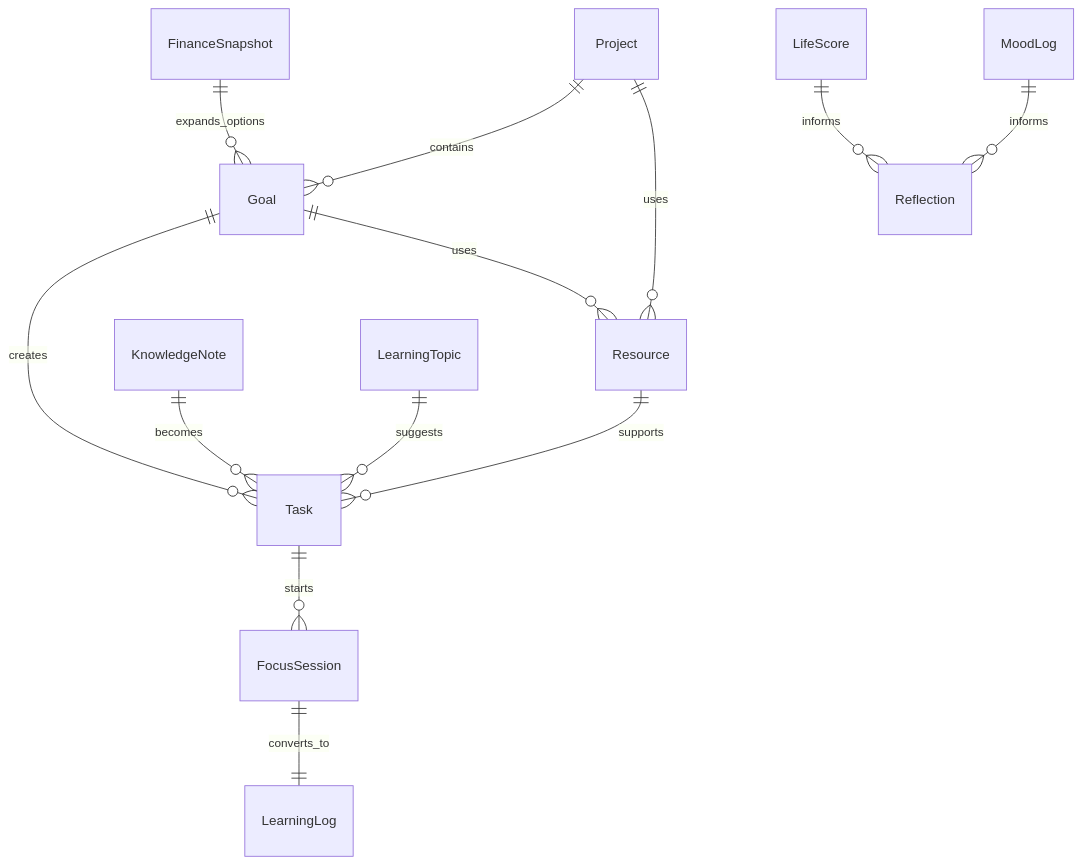
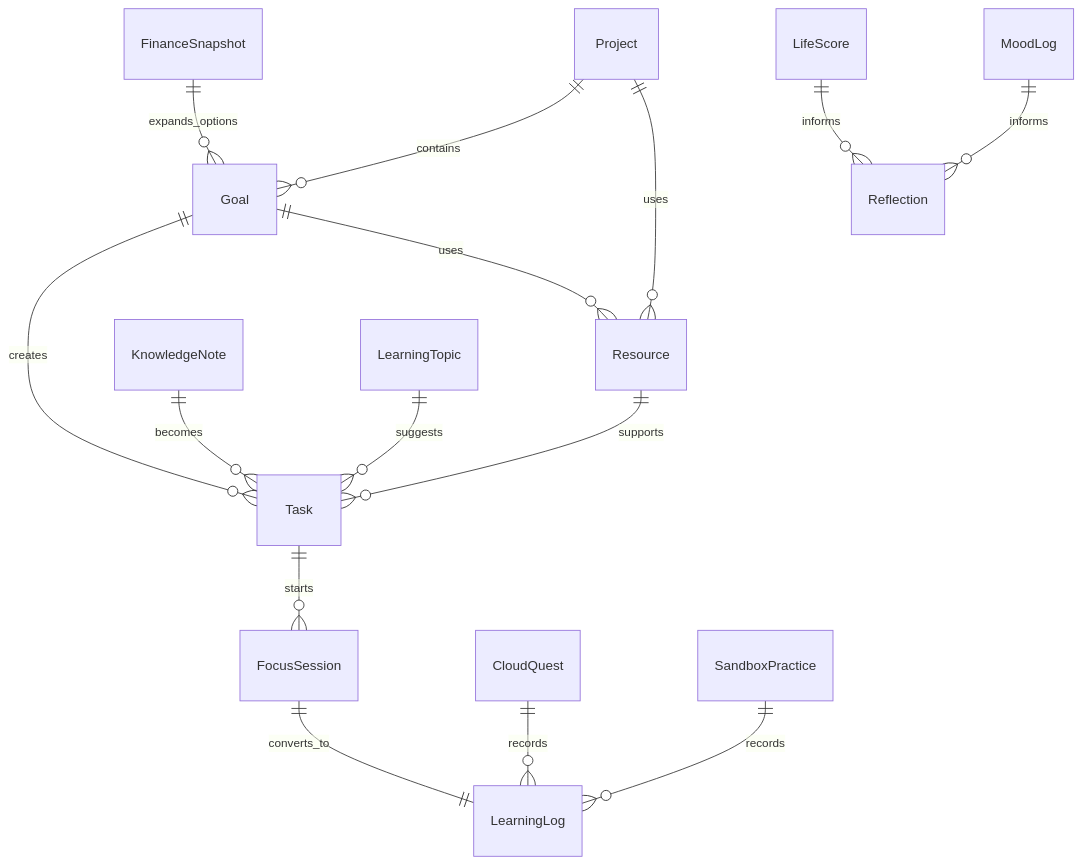
Before and after one commit to kum4san5/gemini_diary: the first of 2 diagrams in .explainApp/data-model.md, drawn with Mermaid. The commit also changed other lines of this file and 11 other files, not shown here.

````diff
--- a/.explainApp/data-model.md
+++ b/.explainApp/data-model.md
@@ -7,15 +7,17 @@
 ```mermaid
 erDiagram
     Goal ||--o{ Task : creates
     Goal ||--o{ Resource : uses
     Project ||--o{ Goal : contains
     Project ||--o{ Resource : uses
     Task ||--o{ FocusSession : starts
     FocusSession ||--|| LearningLog : converts_to
+    CloudQuest ||--o{ LearningLog : records
+    SandboxPractice ||--o{ LearningLog : records
     KnowledgeNote ||--o{ Task : becomes
     Resource ||--o{ Task : supports
     LifeScore ||--o{ Reflection : informs
     MoodLog ||--o{ Reflection : informs
     FinanceSnapshot ||--o{ Goal : expands_options
     LearningTopic ||--o{ Task : suggests
 ```
````
